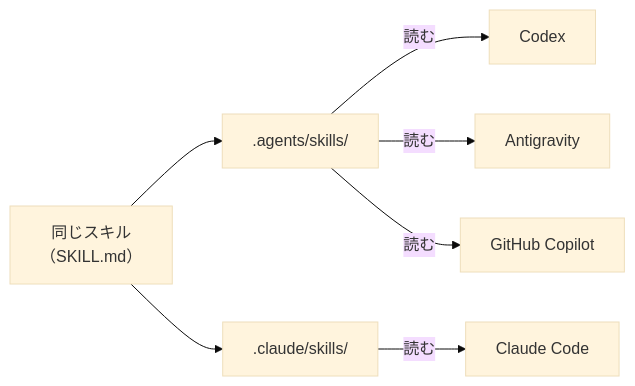
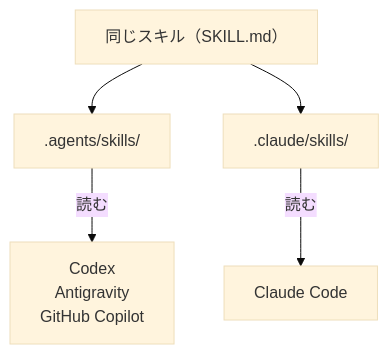
One commit to fujitamasayoshi0402/ai-dev-setup changed the first of 2 diagrams in docs/07-skills.md. Above: the diagram before and after it, drawn with Mermaid (base theme). The commit also changed 5 other files, not shown here.

First line of the commit message:
docs: 図を縦長のレイアウトにして、GitHub のボタンと重ならないように修正

````diff
--- a/docs/07-skills.md
+++ b/docs/07-skills.md
@@ -11,10 +11,8 @@
 ```mermaid
-flowchart LR
-    skill["同じスキル<br>（SKILL.md）"]
+flowchart TD
+    skill["同じスキル（SKILL.md）"]
     skill --> a[".agents/skills/"]
     skill --> c[".claude/skills/"]
-    a -- "読む" --> codex["Codex"]
-    a -- "読む" --> ag["Antigravity"]
-    a -- "読む" --> cop["GitHub Copilot"]
+    a -- "読む" --> others["Codex<br>Antigravity<br>GitHub Copilot"]
     c -- "読む" --> cc["Claude Code"]
 ```
````
